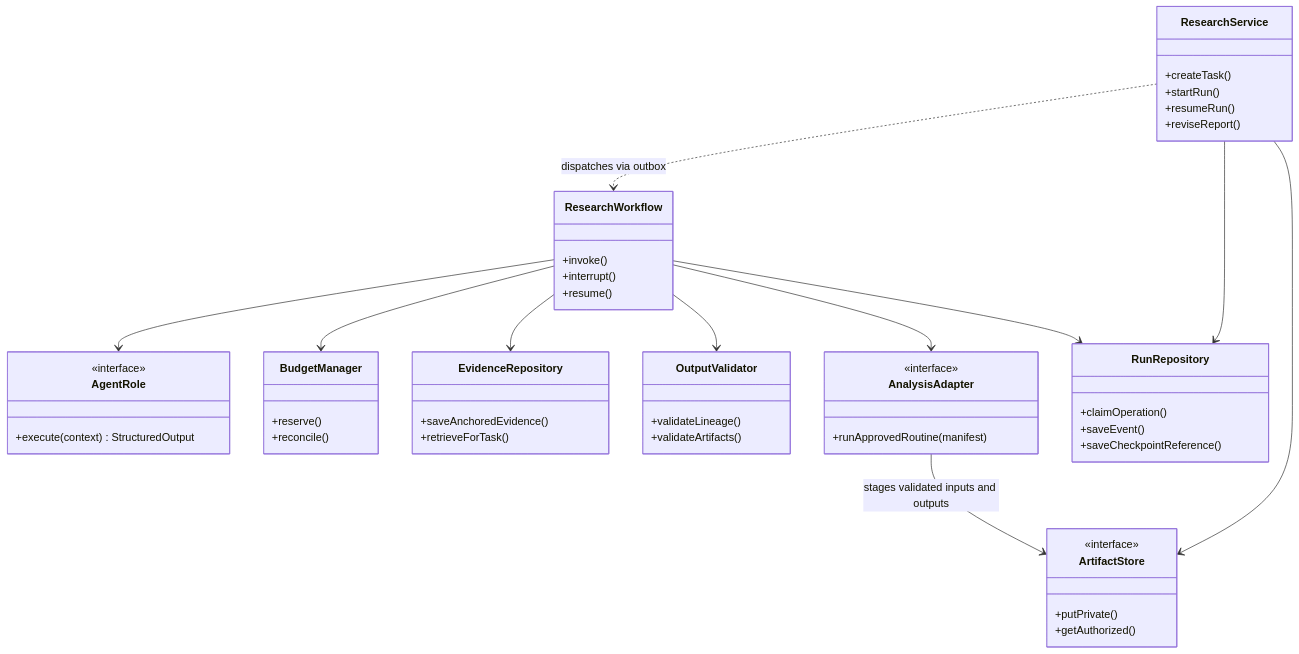
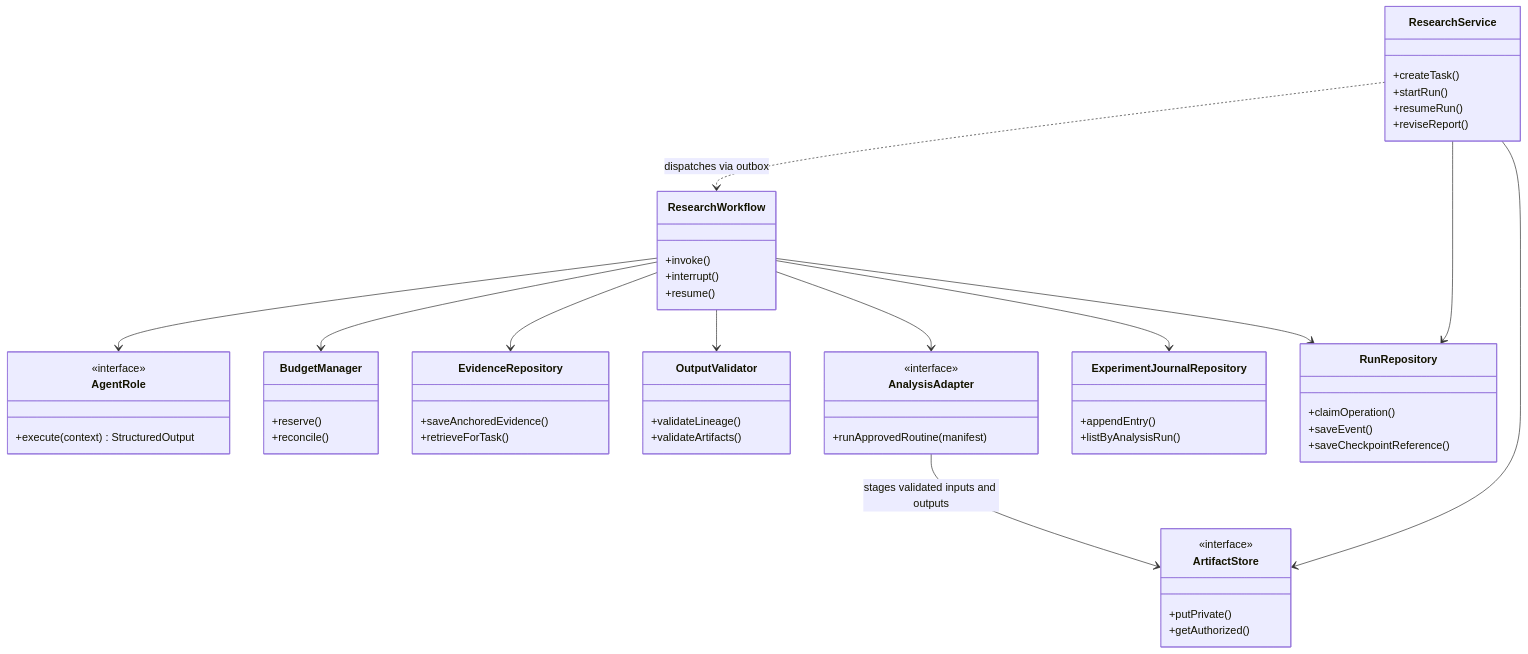
One commit to NguyenChien536/Multi-Agent-Research-System changed the seventh of 7 diagrams in docs/architecture/system-design.md. Above: the diagram before and after it, drawn with Mermaid. The commit also changed other lines of this file and 15 other files, not shown here.

Commit message:
docs: specify experiment journal and reproducibility gates

````diff
--- a/docs/architecture/system-design.md
+++ b/docs/architecture/system-design.md
@@ -443,54 +454,59 @@
 ```mermaid
 classDiagram
     class ResearchService {
         +createTask()
         +startRun()
         +resumeRun()
         +reviseReport()
     }
     class ResearchWorkflow {
         +invoke()
         +interrupt()
         +resume()
     }
     class AgentRole {
         <<interface>>
         +execute(context) StructuredOutput
     }
     class BudgetManager {
         +reserve()
         +reconcile()
     }
     class EvidenceRepository {
         +saveAnchoredEvidence()
         +retrieveForTask()
     }
     class OutputValidator {
         +validateLineage()
         +validateArtifacts()
     }
     class AnalysisAdapter {
         <<interface>>
         +runApprovedRoutine(manifest)
     }
+    class ExperimentJournalRepository {
+        +appendEntry()
+        +listByAnalysisRun()
+    }
     class ArtifactStore {
         <<interface>>
         +putPrivate()
         +getAuthorized()
     }
     class RunRepository {
         +claimOperation()
         +saveEvent()
         +saveCheckpointReference()
     }
     ResearchService --> RunRepository
     ResearchService --> ArtifactStore
     ResearchService ..> ResearchWorkflow : dispatches via outbox
     ResearchWorkflow --> AgentRole
     ResearchWorkflow --> BudgetManager
     ResearchWorkflow --> EvidenceRepository
     ResearchWorkflow --> OutputValidator
     ResearchWorkflow --> AnalysisAdapter
+    ResearchWorkflow --> ExperimentJournalRepository
     ResearchWorkflow --> RunRepository
     AnalysisAdapter --> ArtifactStore : stages validated inputs and outputs
 ```
````
